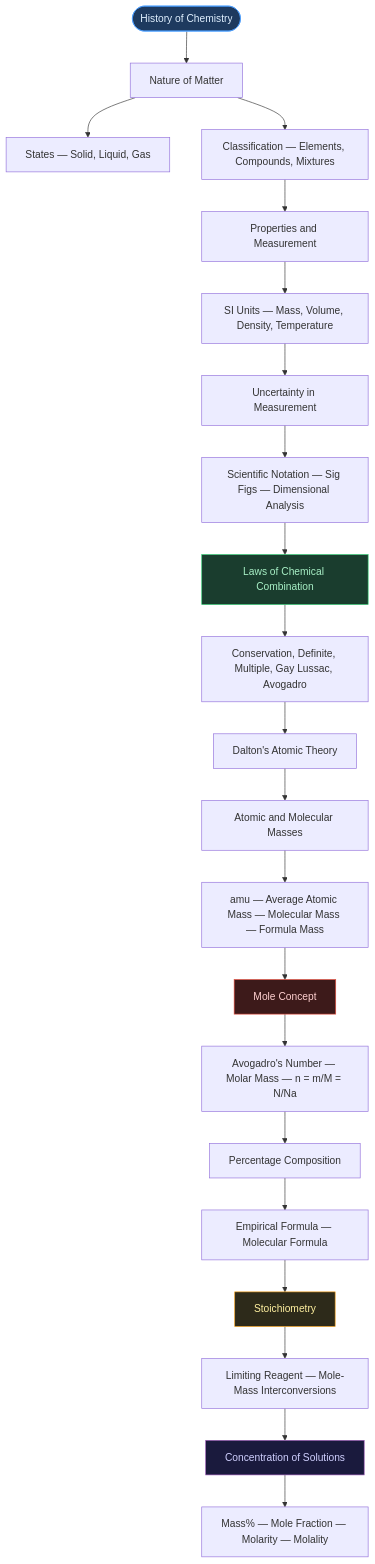
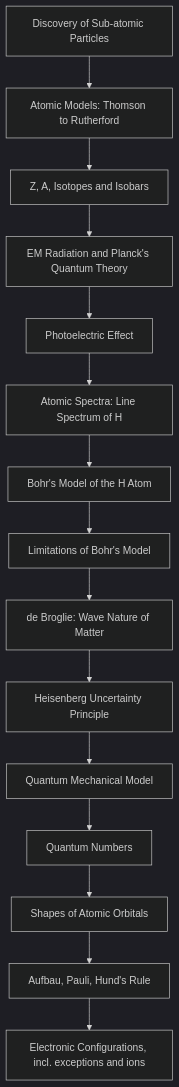
One commit to fsr-science/NCERT-Science changed the first of 2 diagrams in AI-NOTES/CHEMISTRY/CHEMISTRY01-SOME_BASIC_CONCEPTS_OF_CHEMISTRY/CHEMISTRY01-SOME_BASIC_CONCEPTS_OF_CHEMISTRY-NOTES.md. Above: the diagram before and after it, drawn with Mermaid. The commit also changed other lines of this file and 1 other file, not shown here.

````diff
--- a/AI-NOTES/CHEMISTRY/CHEMISTRY01-SOME_BASIC_CONCEPTS_OF_CHEMISTRY/CHEMISTRY01-SOME_BASIC_CONCEPTS_OF_CHEMISTRY-NOTES.md
+++ b/AI-NOTES/CHEMISTRY/CHEMISTRY01-SOME_BASIC_CONCEPTS_OF_CHEMISTRY/CHEMISTRY01-SOME_BASIC_CONCEPTS_OF_CHEMISTRY-NOTES.md
@@ -8,29 +42,18 @@
 ```mermaid
+%%{init: {'theme':'dark'}}%%
 flowchart TD
-    A(["History of Chemistry"]) --> B["Nature of Matter"]
-    B --> B2["States — Solid, Liquid, Gas"]
-    B --> B3["Classification — Elements, Compounds, Mixtures"]
-    B3 --> C["Properties and Measurement"]
-    C --> C2["SI Units — Mass, Volume, Density, Temperature"]
-    C2 --> D["Uncertainty in Measurement"]
-    D --> D2["Scientific Notation — Sig Figs — Dimensional Analysis"]
-    D2 --> E["Laws of Chemical Combination"]
-    E --> E2["Conservation, Definite, Multiple, Gay Lussac, Avogadro"]
-    E2 --> F["Dalton's Atomic Theory"]
-    F --> G["Atomic and Molecular Masses"]
-    G --> G2["amu — Average Atomic Mass — Molecular Mass — Formula Mass"]
-    G2 --> H["Mole Concept"]
-    H --> H2["Avogadro's Number — Molar Mass — n = m/M = N/Na"]
-    H2 --> I["Percentage Composition"]
-    I --> I2["Empirical Formula — Molecular Formula"]
-    I2 --> J["Stoichiometry"]
-    J --> J2["Limiting Reagent — Mole-Mass Interconversions"]
-    J2 --> K["Concentration of Solutions"]
-    K --> K2["Mass% — Mole Fraction — Molarity — Molality"]
-
-    style A fill:#1e3a5f,color:#e0f0ff,stroke:#4a9eff
-    style E fill:#1a3d2e,color:#a8f0c6,stroke:#2ecc71
-    style H fill:#3d1a1a,color:#ffd0d0,stroke:#e74c3c
-    style J fill:#2d2a1a,color:#fff0a0,stroke:#f39c12
-    style K fill:#1a1a3d,color:#d0d0ff,stroke:#9b59b6
+    A["Discovery of Sub-atomic Particles"] --> B["Atomic Models: Thomson to Rutherford"]
+    B --> C["Z, A, Isotopes and Isobars"]
+    C --> D["EM Radiation and Planck's Quantum Theory"]
+    D --> E["Photoelectric Effect"]
+    E --> F["Atomic Spectra: Line Spectrum of H"]
+    F --> G["Bohr's Model of the H Atom"]
+    G --> H["Limitations of Bohr's Model"]
+    H --> I["de Broglie: Wave Nature of Matter"]
+    I --> J["Heisenberg Uncertainty Principle"]
+    J --> K["Quantum Mechanical Model"]
+    K --> L["Quantum Numbers"]
+    L --> M["Shapes of Atomic Orbitals"]
+    M --> N["Aufbau, Pauli, Hund's Rule"]
+    N --> O["Electronic Configurations, incl. exceptions and ions"]
 ```
````
